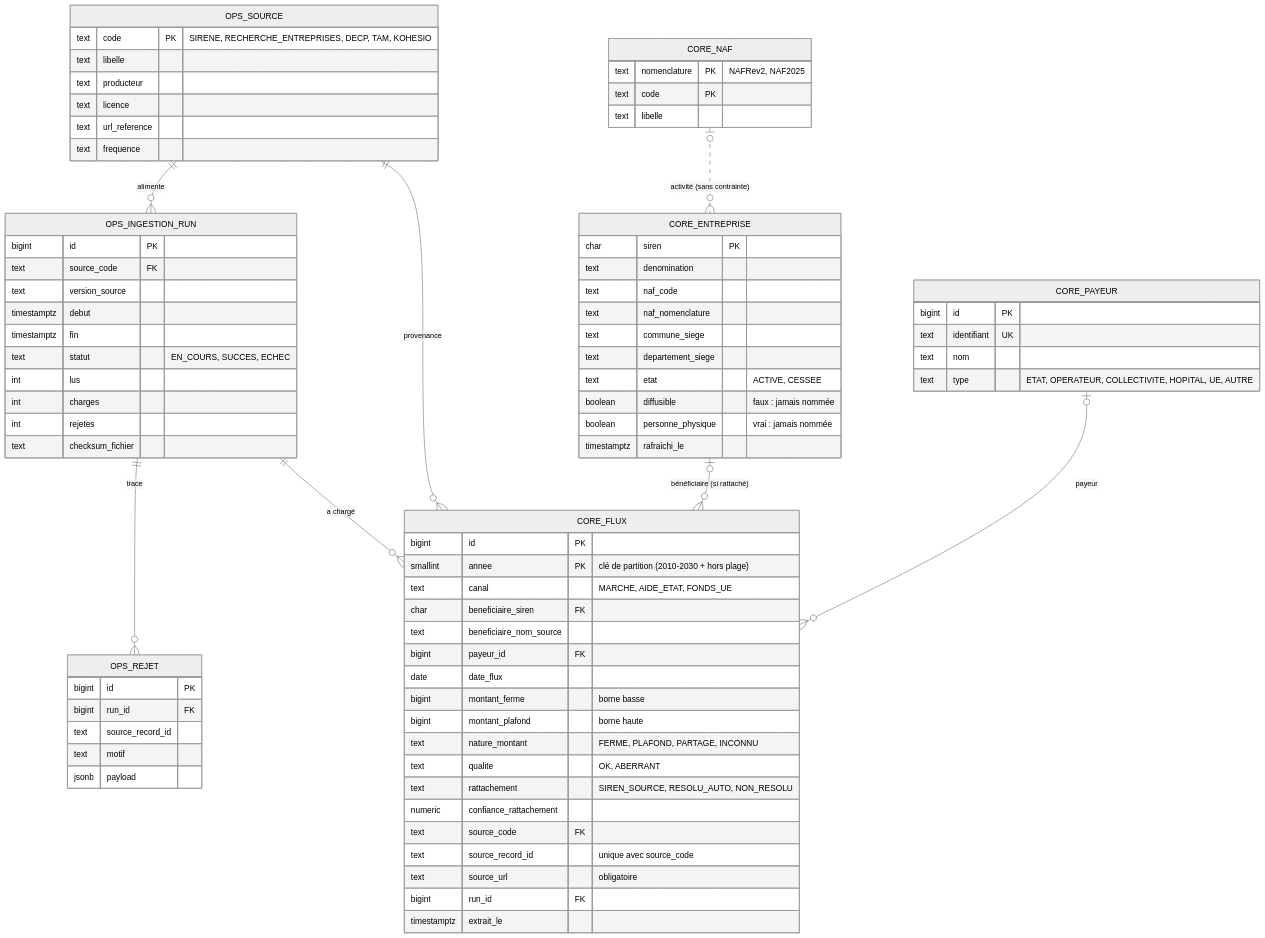
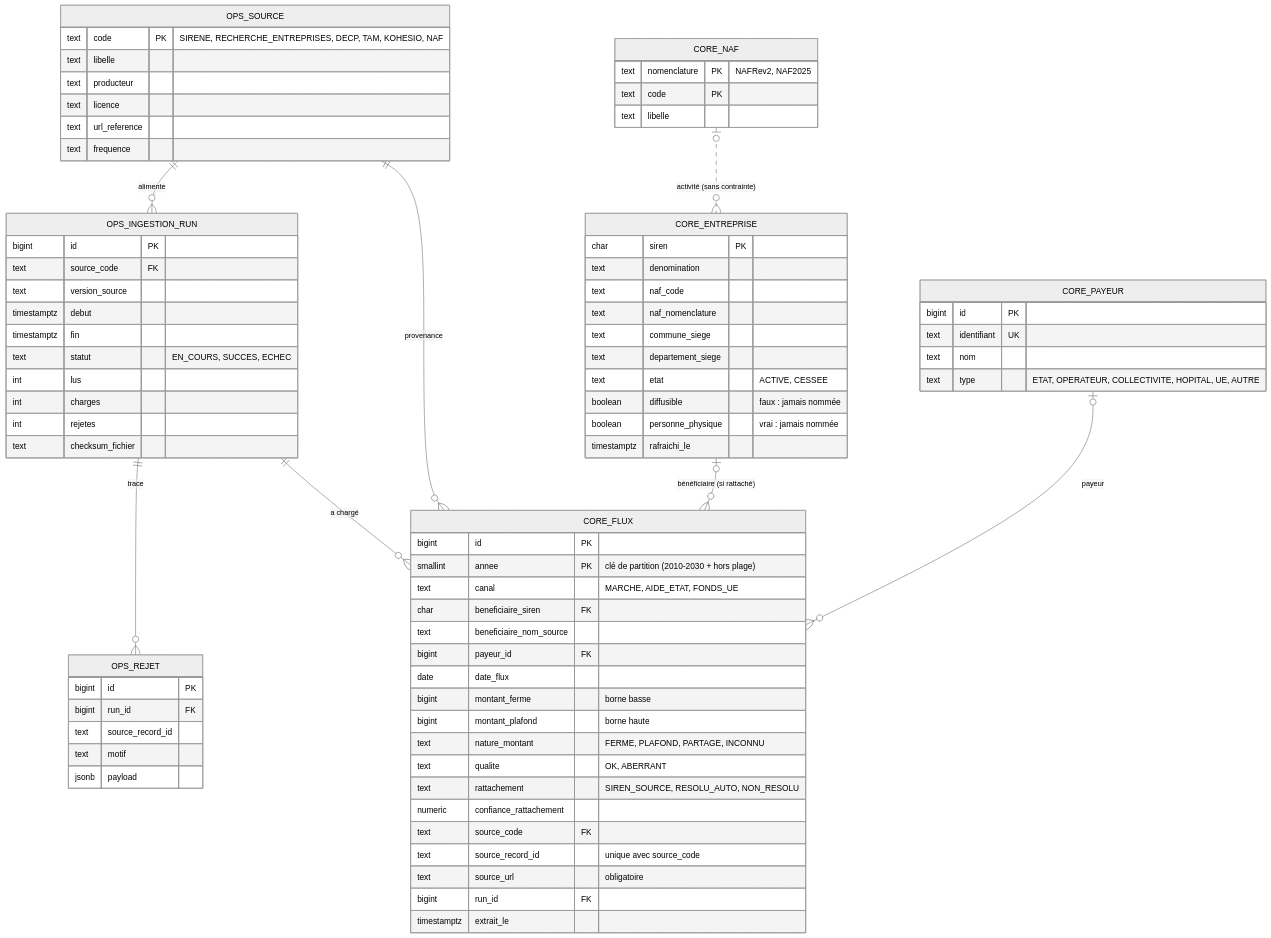
The diagram in docs/modele-donnees.md (NicolasTouzot/suivons), drawn with Mermaid (neutral theme) before and after one commit. The commit also changed other lines of this file and 34 other files, not shown here.

First line of the commit message:
feat(ingestion-sirene): référentiel minimal et NAF (lot 1, étape 5) (#9)

````diff
--- a/docs/modele-donnees.md
+++ b/docs/modele-donnees.md
@@ -5,81 +5,81 @@
 ```mermaid
 erDiagram
     OPS_SOURCE ||--o{ OPS_INGESTION_RUN : "alimente"
     OPS_INGESTION_RUN ||--o{ OPS_REJET : "trace"
     OPS_INGESTION_RUN ||--o{ CORE_FLUX : "a chargé"
     OPS_SOURCE ||--o{ CORE_FLUX : "provenance"
     CORE_ENTREPRISE |o--o{ CORE_FLUX : "bénéficiaire (si rattaché)"
     CORE_PAYEUR |o--o{ CORE_FLUX : "payeur"
     CORE_NAF |o..o{ CORE_ENTREPRISE : "activité (sans contrainte)"
 
     OPS_SOURCE {
-        text code PK "SIRENE, RECHERCHE_ENTREPRISES, DECP, TAM, KOHESIO"
+        text code PK "SIRENE, RECHERCHE_ENTREPRISES, DECP, TAM, KOHESIO, NAF"
         text libelle
         text producteur
         text licence
         text url_reference
         text frequence
     }
     OPS_INGESTION_RUN {
         bigint id PK
         text source_code FK
         text version_source
         timestamptz debut
         timestamptz fin
         text statut "EN_COURS, SUCCES, ECHEC"
         int lus
         int charges
         int rejetes
         text checksum_fichier
     }
     OPS_REJET {
         bigint id PK
         bigint run_id FK
         text source_record_id
         text motif
         jsonb payload
     }
     CORE_NAF {
         text nomenclature PK "NAFRev2, NAF2025"
         text code PK
         text libelle
     }
     CORE_ENTREPRISE {
         char siren PK
         text denomination
         text naf_code
         text naf_nomenclature
         text commune_siege
         text departement_siege
         text etat "ACTIVE, CESSEE"
         boolean diffusible "faux : jamais nommée"
         boolean personne_physique "vrai : jamais nommée"
         timestamptz rafraichi_le
     }
     CORE_PAYEUR {
         bigint id PK
         text identifiant UK
         text nom
         text type "ETAT, OPERATEUR, COLLECTIVITE, HOPITAL, UE, AUTRE"
     }
     CORE_FLUX {
         bigint id PK
         smallint annee PK "clé de partition (2010-2030 + hors plage)"
         text canal "MARCHE, AIDE_ETAT, FONDS_UE"
         char beneficiaire_siren FK
         text beneficiaire_nom_source
         bigint payeur_id FK
         date date_flux
         bigint montant_ferme "borne basse"
         bigint montant_plafond "borne haute"
         text nature_montant "FERME, PLAFOND, PARTAGE, INCONNU"
         text qualite "OK, ABERRANT"
         text rattachement "SIREN_SOURCE, RESOLU_AUTO, NON_RESOLU"
         numeric confiance_rattachement
         text source_code FK
         text source_record_id "unique avec source_code"
         text source_url "obligatoire"
         bigint run_id FK
         timestamptz extrait_le
     }
 ```
````
